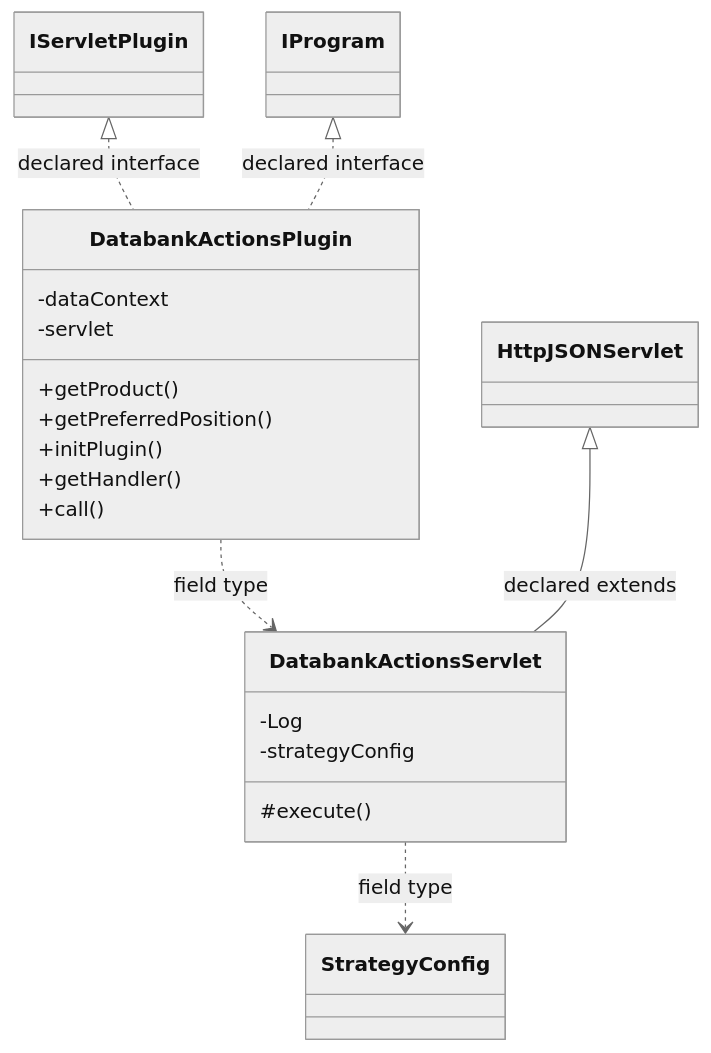
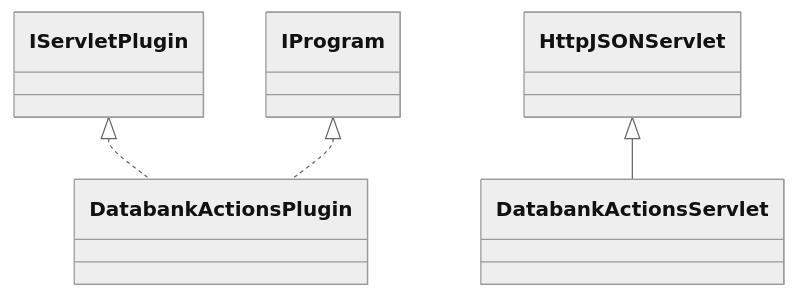
One commit to haruperi/HaruQuantAI changed the diagram in docs/sqx/Results/ResultsDatabankActions.md. Above: the diagram before and after it, drawn with Mermaid (neutral theme). The commit also changed other lines of this file and 1688 other files, not shown here.

````diff
--- a/docs/sqx/Results/ResultsDatabankActions.md
+++ b/docs/sqx/Results/ResultsDatabankActions.md
@@ -30,26 +26,11 @@
 ```mermaid
 classDiagram
-    class C4912fd651ac4["DatabankActionsPlugin"] {
-        -dataContext
-        -servlet
-        +getProduct()
-        +getPreferredPosition()
-        +initPlugin()
-        +getHandler()
-        +call()
-    }
-    class C3eef0042cf0c["DatabankActionsServlet"] {
-        -Log
-        -strategyConfig
-        #execute()
-    }
-    class C1b6b4448b67b["IProgram"]
-    class C249b5c671b1a["IServletPlugin"]
-    class C92c3bb2ab146["StrategyConfig"]
-    class C8900f90ae594["HttpJSONServlet"]
-    C249b5c671b1a <|.. C4912fd651ac4 : declared interface
-    C1b6b4448b67b <|.. C4912fd651ac4 : declared interface
-    C4912fd651ac4 ..> C3eef0042cf0c : field type
-    C8900f90ae594 <|-- C3eef0042cf0c : declared extends
-    C3eef0042cf0c ..> C92c3bb2ab146 : field type
+    class C0["DatabankActionsPlugin"]
+    class C1["DatabankActionsServlet"]
+    class E0["IServletPlugin"]
+    E0 <|.. C0
+    class E1["IProgram"]
+    E1 <|.. C0
+    class E2["HttpJSONServlet"]
+    E2 <|-- C1
 ```
````
